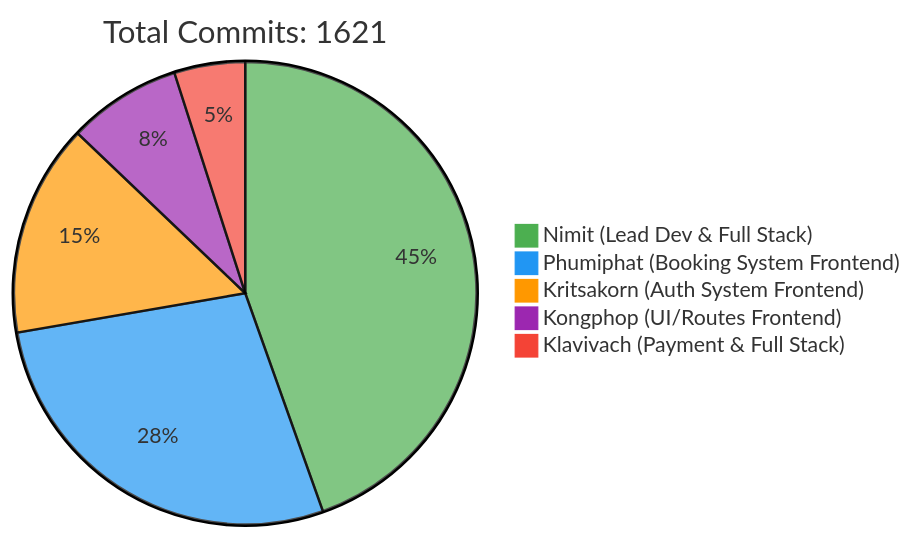
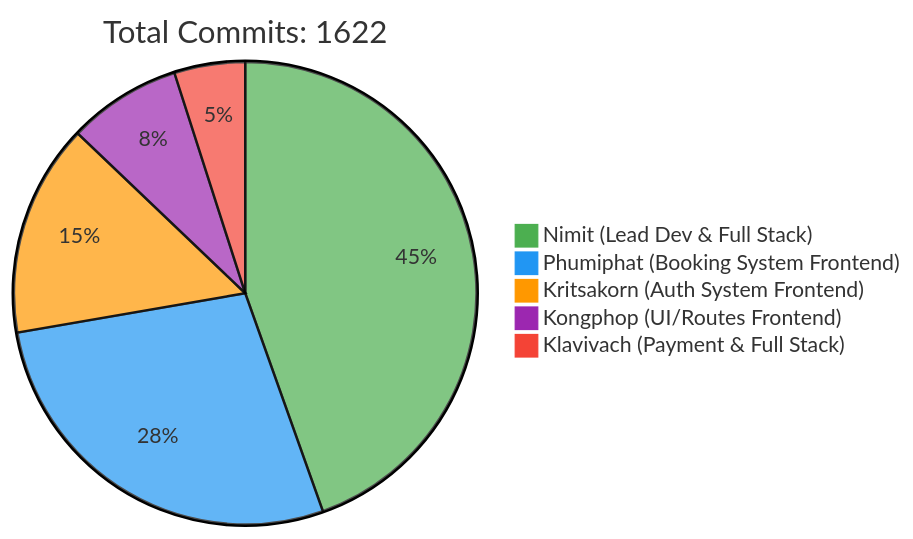
The first of 2 diagrams in README.md (6531503042/Sport-Complex), drawn with Mermaid before and after one commit. The commit also changed other lines of this file, not shown here.

Commit message:
docs: Update contributor statistics [skip ci]

````diff
--- a/README.md
+++ b/README.md
@@ -257,10 +257,10 @@
 ```mermaid
 %%{init: {'theme': 'base', 'themeVariables': { 'pie1': '#4CAF50', 'pie2': '#2196F3', 'pie3': '#FF9800', 'pie4': '#9C27B0', 'pie5': '#F44336'}}}%%
 pie
-    title Total Commits: 1621
+    title Total Commits: 1622
     "Nimit (Lead Dev & Full Stack)" : 450
     "Phumiphat (Booking System Frontend)" : 280
     "Kritsakorn (Auth System Frontend)" : 150
     "Kongphop (UI/Routes Frontend)" : 80
     "Klavivach (Payment & Full Stack)" : 50
 ```
````
